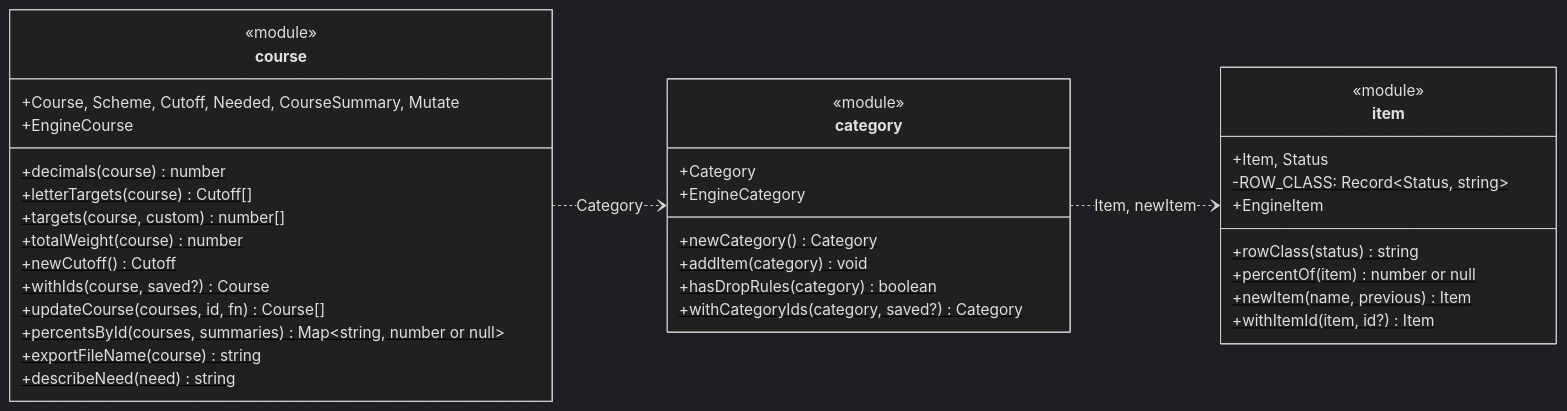
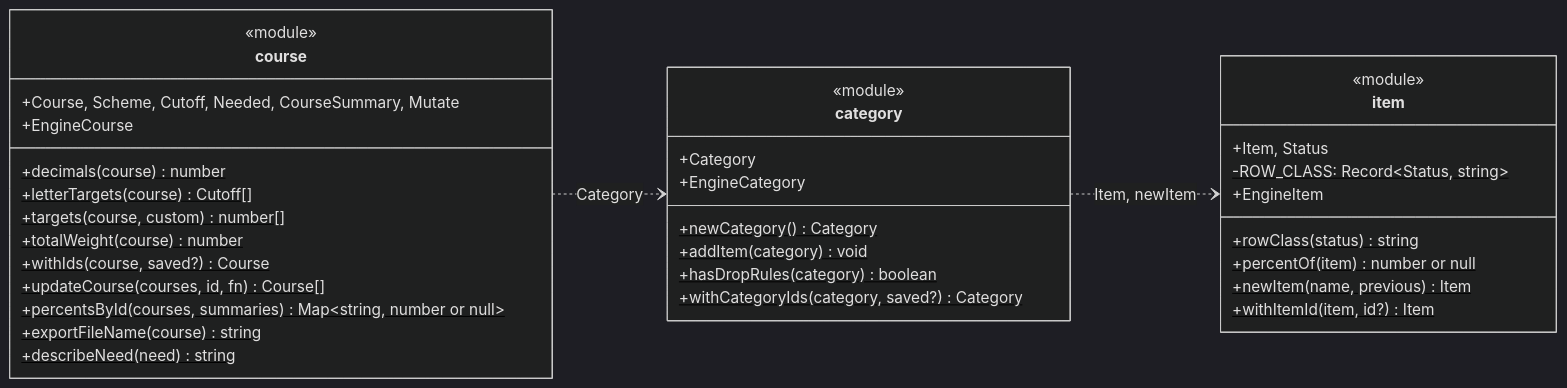
Before and after one commit to Patman1O1/grade-calculator: the ninth of 9 diagrams in docs/uml.md, drawn with Mermaid (dark theme). The commit also changed 4 other files, not shown here.

````diff
--- a/docs/uml.md
+++ b/docs/uml.md
@@ -376,40 +376,39 @@
 ```mermaid
 classDiagram
   direction LR
   class course {
     <<module>>
     +Course, Scheme, Cutoff, Needed, CourseSummary, Mutate
     +decimals(course)$ number
     +letterTargets(course)$ Cutoff[]
     +targets(course, custom)$ number[]
     +totalWeight(course)$ number
-    +newCutoff()$ Cutoff
     +EngineCourse
     +withIds(course, saved?)$ Course
     +updateCourse(courses, id, fn)$ Course[]
     +percentsById(courses, summaries)$ Map~string, number or null~
     +exportFileName(course)$ string
     +describeNeed(need)$ string
   }
   class category {
     <<module>>
     +Category
     +newCategory()$ Category
     +addItem(category)$ void
     +hasDropRules(category)$ boolean
     +EngineCategory
     +withCategoryIds(category, saved?)$ Category
   }
   class item {
     <<module>>
     +Item, Status
     -ROW_CLASS: Record~Status, string~$
     +rowClass(status)$ string
     +percentOf(item)$ number or null
     +newItem(name, previous)$ Item
     +EngineItem
     +withItemId(item, id?)$ Item
   }
   course ..> category : Category
   category ..> item : Item, newItem
 ```
````
